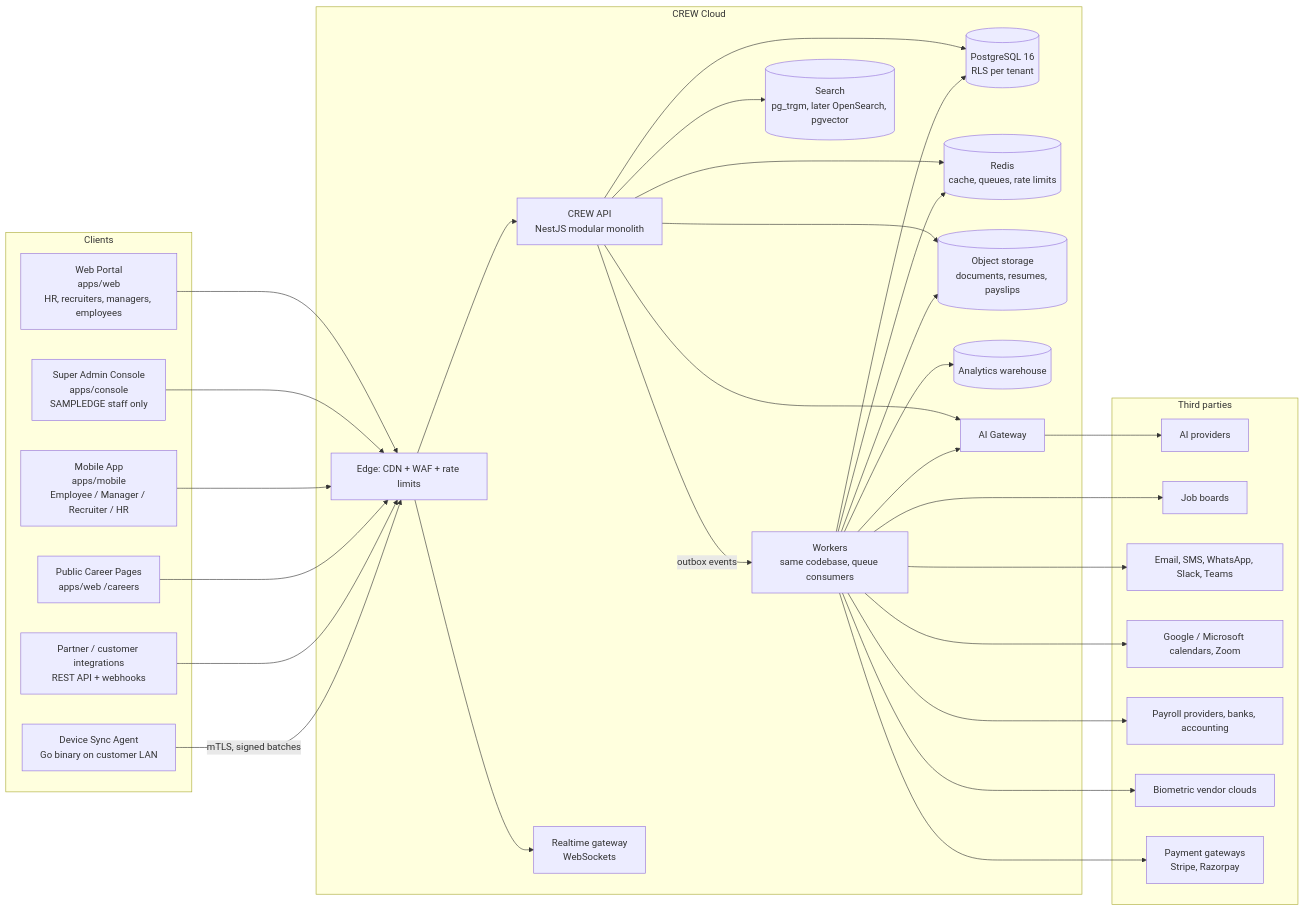
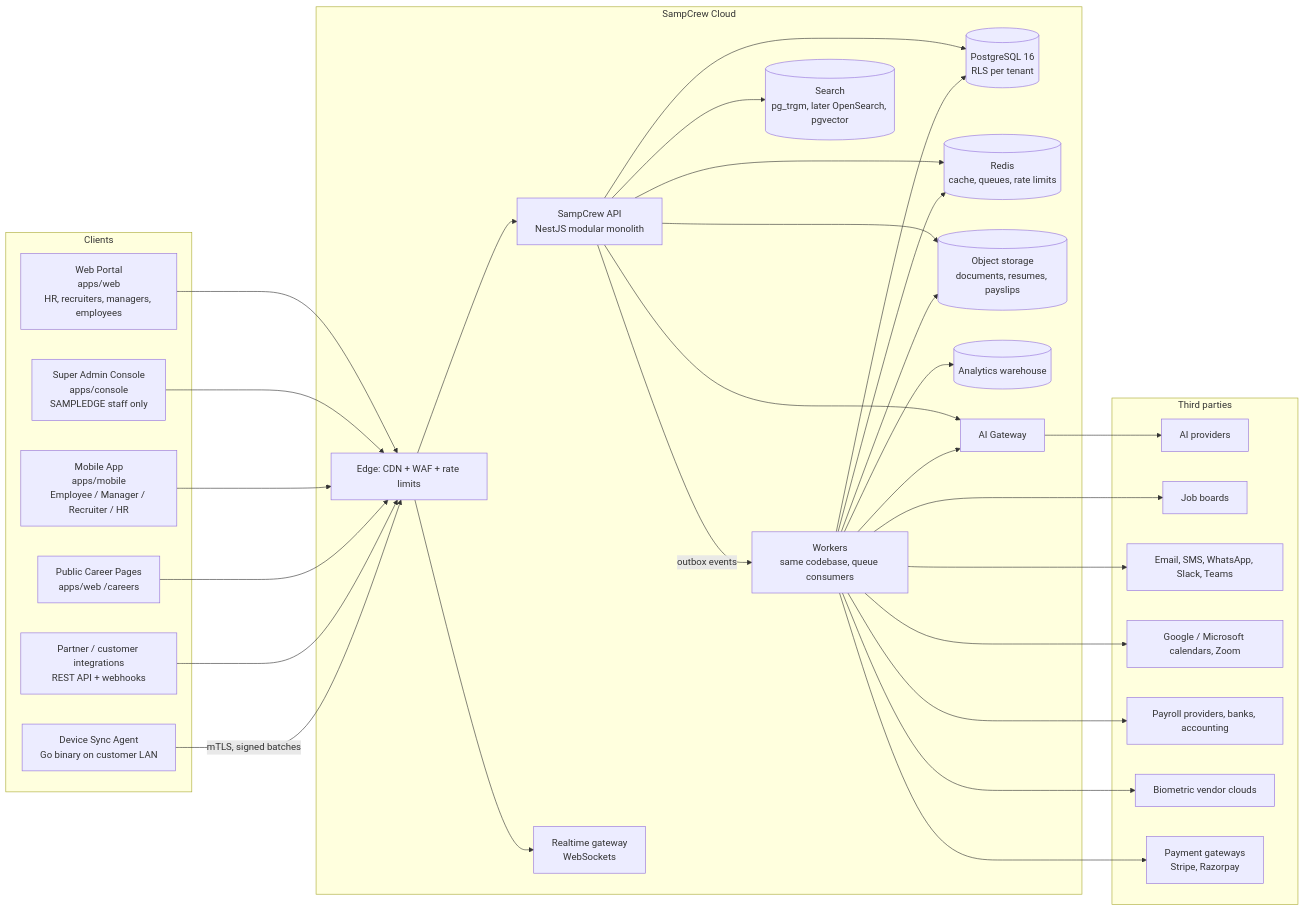
The first of 2 diagrams in docs/architecture/02-application-architecture.md (kunalsharma-ai/SampCrew), drawn with Mermaid before and after one commit. The commit also changed 242 other files, not shown here.

First line of the commit message:
Rebrand CREW to SampCrew: new logo, icons, app name and on-screen text

````diff
--- a/docs/architecture/02-application-architecture.md
+++ b/docs/architecture/02-application-architecture.md
@@ -5,43 +5,43 @@
 ```mermaid
 flowchart LR
   subgraph Clients
     WEB[Web Portal<br/>apps/web<br/>HR, recruiters, managers, employees]
     CON[Super Admin Console<br/>apps/console<br/>SAMPLEDGE staff only]
     MOB[Mobile App<br/>apps/mobile<br/>Employee / Manager / Recruiter / HR]
     CAR[Public Career Pages<br/>apps/web /careers]
     AGT[Device Sync Agent<br/>Go binary on customer LAN]
     EXT[Partner / customer integrations<br/>REST API + webhooks]
   end
 
-  subgraph CREW Cloud
+  subgraph SampCrew Cloud
     GW[Edge: CDN + WAF + rate limits]
-    API[CREW API<br/>NestJS modular monolith]
+    API[SampCrew API<br/>NestJS modular monolith]
     WRK[Workers<br/>same codebase, queue consumers]
     RT[Realtime gateway<br/>WebSockets]
     PG[(PostgreSQL 16<br/>RLS per tenant)]
     RD[(Redis<br/>cache, queues, rate limits)]
     S3[(Object storage<br/>documents, resumes, payslips)]
     SRCH[(Search<br/>pg_trgm, later OpenSearch, pgvector)]
     WH[(Analytics warehouse)]
     AIG[AI Gateway]
   end
 
   subgraph Third parties
     LLM[AI providers]
     JOB[Job boards]
     COMM[Email, SMS, WhatsApp, Slack, Teams]
     CAL[Google / Microsoft calendars, Zoom]
     PAY[Payroll providers, banks, accounting]
     BIO[Biometric vendor clouds]
     BILL[Payment gateways<br/>Stripe, Razorpay]
   end
 
   WEB & CON & MOB & CAR & EXT --> GW --> API
   GW --> RT
   AGT -->|mTLS, signed batches| GW
   API --> PG & RD & S3 & SRCH
   API -->|outbox events| WRK
   WRK --> PG & RD & S3 & WH
   API & WRK --> AIG --> LLM
   WRK --> JOB & COMM & CAL & PAY & BIO & BILL
 ```
````
